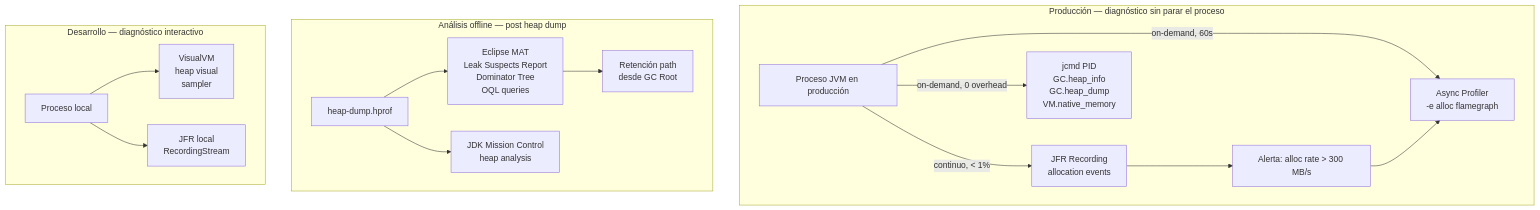
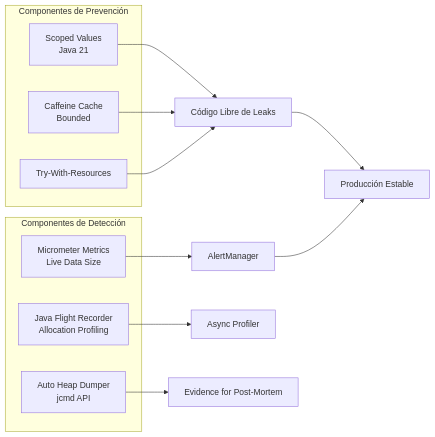
Before and after one commit to Joaquinriosheredia/DAM-Java-Mastery: the second of 4 diagrams in 01_Java_Core/memory_leaks_reales_en_java_deteccion_y_solucion_con_visualvm_STAFF.md, drawn with Mermaid. The commit also changed other lines of this file, not shown here.

Commit message:
memory_leaks_reales_en_java_deteccion_y_solucion_con_visualvm_STAFF.md

````diff
--- a/01_Java_Core/memory_leaks_reales_en_java_deteccion_y_solucion_con_visualvm_STAFF.md
+++ b/01_Java_Core/memory_leaks_reales_en_java_deteccion_y_solucion_con_visualvm_STAFF.md
@@ -98,21 +93,25 @@
 ```mermaid
-graph TD
-    subgraph "Producción — diagnóstico sin parar el proceso"
-        PROD[Proceso JVM en producción] -->|continuo, < 1%| JFR[JFR Recording\nallocation events]
-        PROD -->|on-demand, 0 overhead| JCMD[jcmd PID\nGC.heap_info\nGC.heap_dump\nVM.native_memory]
-        PROD -->|on-demand, 60s| ASPROF[Async Profiler\n-e alloc flamegraph]
-        JFR --> ALERT[Alerta: alloc rate > 300 MB/s]
-        ALERT --> ASPROF
+graph LR
+    subgraph "Componentes de Prevención"
+        SCOPED[Scoped Values<br>Java 21]
+        CAFFEINE[Caffeine Cache<br>Bounded]
+        TRYWITH[Try-With-Resources]
     end
-
-    subgraph "Análisis offline — post heap dump"
-        DUMP[heap-dump.hprof] --> MAT[Eclipse MAT\nLeak Suspects Report\nDominator Tree\nOQL queries]
-        DUMP --> JMC[JDK Mission Control\nheap analysis]
-        MAT --> ROOT[Retención path\ndesde GC Root]
+    
+    subgraph "Componentes de Detección"
+        METRICS[Micrometer Metrics<br>Live Data Size]
+        JFR[Java Flight Recorder<br>Allocation Profiling]
+        DUMPER[Auto Heap Dumper<br>jcmd API]
     end
-
-    subgraph "Desarrollo — diagnóstico interactivo"
-        DEV[Proceso local] --> VVM[VisualVM\nheap visual\nsampler]
-        DEV --> JFRD[JFR local\nRecordingStream]
-    end
+    
+    SCOPED --> SAFE[Código Libre de Leaks]
+    CAFFEINE --> SAFE
+    TRYWITH --> SAFE
+    
+    METRICS --> ALERT[AlertManager]
+    JFR --> ANALYSIS[Async Profiler]
+    DUMPER --> FORENSIC[Evidence for Post-Mortem]
+    
+    SAFE --> PROD[Producción Estable]
+    ALERT --> PROD
 ```
````
